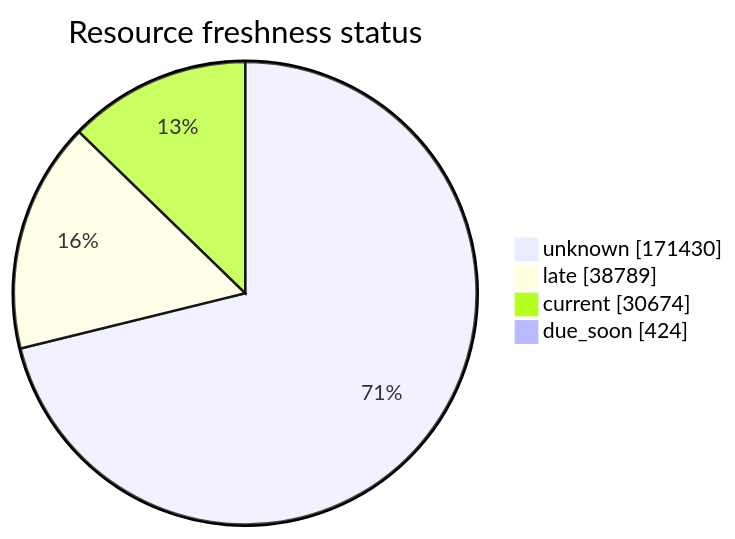
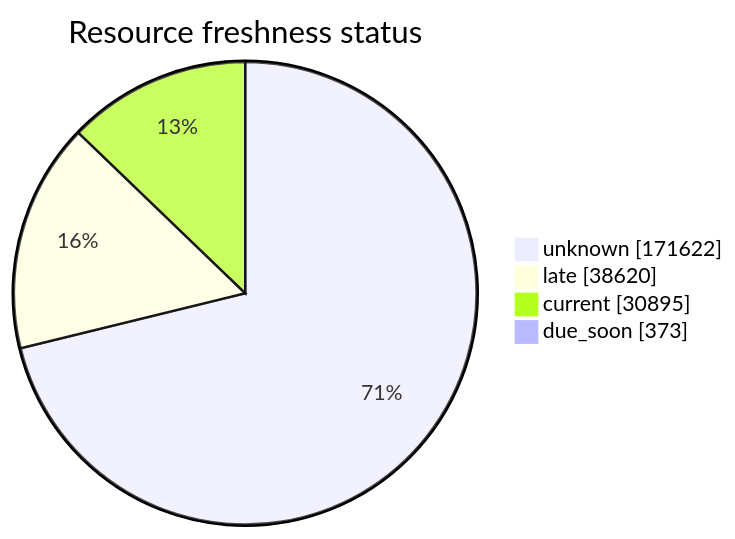
One commit to open-data/analytics-corporate-reporting changed the third of 5 diagrams in FreshCheck/README.md. Above: the diagram before and after it, drawn with Mermaid. The commit also changed other lines of this file and 3 other files, not shown here.

````diff
--- a/FreshCheck/README.md
+++ b/FreshCheck/README.md
@@ -77,7 +77,7 @@
 ```mermaid
 pie showData title Resource freshness status
-    "unknown": 171430
-    "late": 38789
-    "current": 30674
-    "due_soon": 424
+    "unknown": 171622
+    "late": 38620
+    "current": 30895
+    "due_soon": 373
 ```
````
